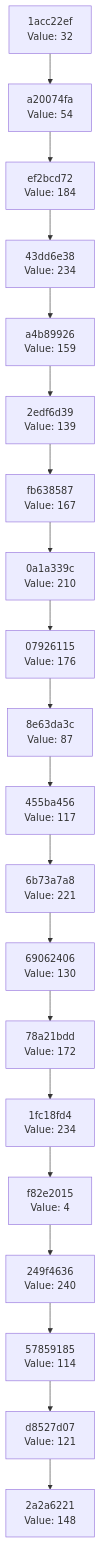
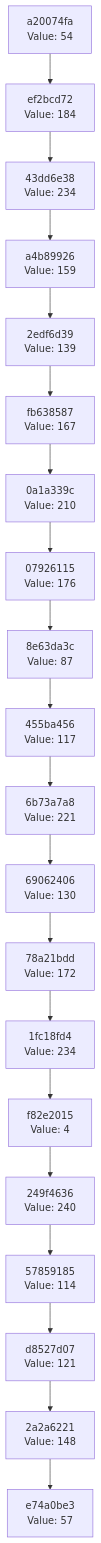
Before and after one commit to Abhisheksinha1506/hash-chain-evolver: the diagram in docs/CHAIN_VISUALIZATION.md, drawn with Mermaid. The commit also changed 2 other files, not shown here.

Commit message:
Evolution Step

````diff
--- a/docs/CHAIN_VISUALIZATION.md
+++ b/docs/CHAIN_VISUALIZATION.md
@@ -3,42 +3,42 @@
 ```mermaid
 graph TD
-    C0["2a2a6221<br/>Value: 148"]
-    C1["d8527d07<br/>Value: 121"]
+    C0["e74a0be3<br/>Value: 57"]
+    C1["2a2a6221<br/>Value: 148"]
     C1 --> C0
-    C2["57859185<br/>Value: 114"]
+    C2["d8527d07<br/>Value: 121"]
     C2 --> C1
-    C3["249f4636<br/>Value: 240"]
+    C3["57859185<br/>Value: 114"]
     C3 --> C2
-    C4["f82e2015<br/>Value: 4"]
+    C4["249f4636<br/>Value: 240"]
     C4 --> C3
-    C5["1fc18fd4<br/>Value: 234"]
+    C5["f82e2015<br/>Value: 4"]
     C5 --> C4
-    C6["78a21bdd<br/>Value: 172"]
+    C6["1fc18fd4<br/>Value: 234"]
     C6 --> C5
-    C7["69062406<br/>Value: 130"]
+    C7["78a21bdd<br/>Value: 172"]
     C7 --> C6
-    C8["6b73a7a8<br/>Value: 221"]
+    C8["69062406<br/>Value: 130"]
     C8 --> C7
-    C9["455ba456<br/>Value: 117"]
+    C9["6b73a7a8<br/>Value: 221"]
     C9 --> C8
-    C10["8e63da3c<br/>Value: 87"]
+    C10["455ba456<br/>Value: 117"]
     C10 --> C9
-    C11["07926115<br/>Value: 176"]
+    C11["8e63da3c<br/>Value: 87"]
     C11 --> C10
-    C12["0a1a339c<br/>Value: 210"]
+    C12["07926115<br/>Value: 176"]
     C12 --> C11
-    C13["fb638587<br/>Value: 167"]
+    C13["0a1a339c<br/>Value: 210"]
     C13 --> C12
-    C14["2edf6d39<br/>Value: 139"]
+    C14["fb638587<br/>Value: 167"]
     C14 --> C13
-    C15["a4b89926<br/>Value: 159"]
+    C15["2edf6d39<br/>Value: 139"]
     C15 --> C14
-    C16["43dd6e38<br/>Value: 234"]
+    C16["a4b89926<br/>Value: 159"]
     C16 --> C15
-    C17["ef2bcd72<br/>Value: 184"]
+    C17["43dd6e38<br/>Value: 234"]
     C17 --> C16
-    C18["a20074fa<br/>Value: 54"]
+    C18["ef2bcd72<br/>Value: 184"]
     C18 --> C17
-    C19["1acc22ef<br/>Value: 32"]
+    C19["a20074fa<br/>Value: 54"]
     C19 --> C18
 ```
````
